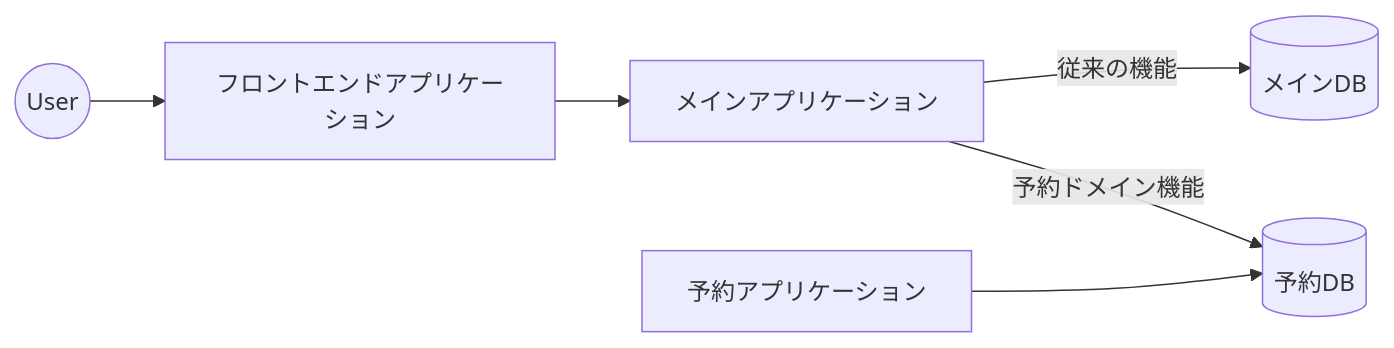
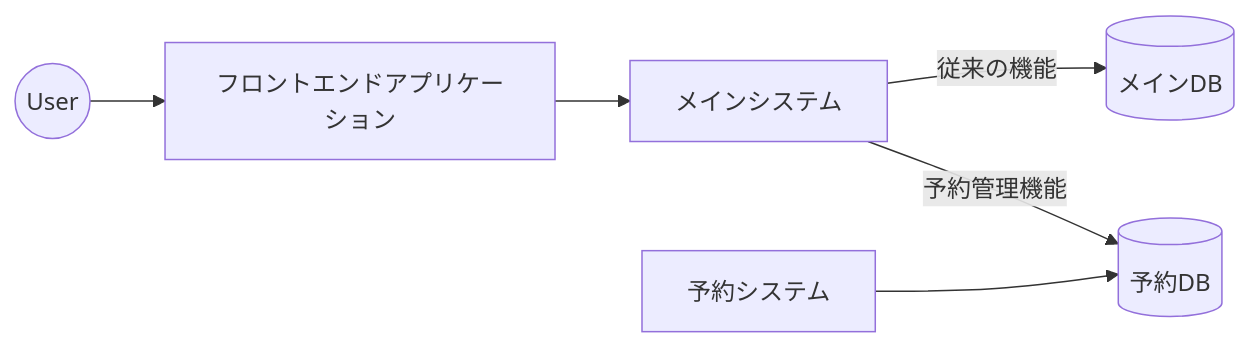
One commit to yuma-ito-bd/zenn-articles changed the fourth of 8 diagrams in articles/20251124-system-migration.md. Above: the diagram before and after it, drawn with Mermaid. The commit also changed other lines of this file, not shown here.

````diff
--- a/articles/20251124-system-migration.md
+++ b/articles/20251124-system-migration.md
@@ -97,11 +133,11 @@
    ```mermaid
    graph LR
 
    user((User)) --> spa["フロントエンドアプリケーション"]
    spa --> sys1
 
-   sys2[予約アプリケーション] --> db2[(予約DB)]
+   sys2[予約システム] --> db2[(予約DB)]
 
-   sys1[メインアプリケーション] -->|従来の機能| db1[(メインDB)]
-   sys1 -->|予約ドメイン機能| db2
+   sys1[メインシステム] -->|従来の機能| db1[(メインDB)]
+   sys1 -->|予約管理機能| db2
    ```
````
